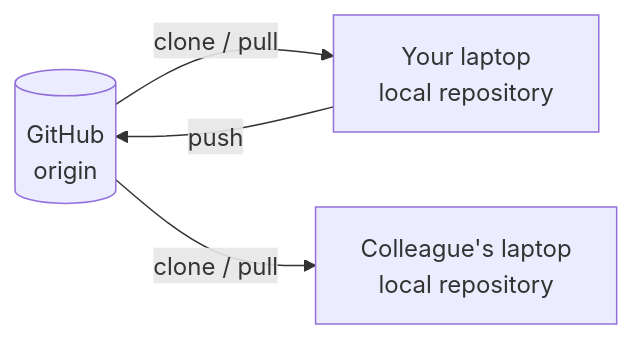
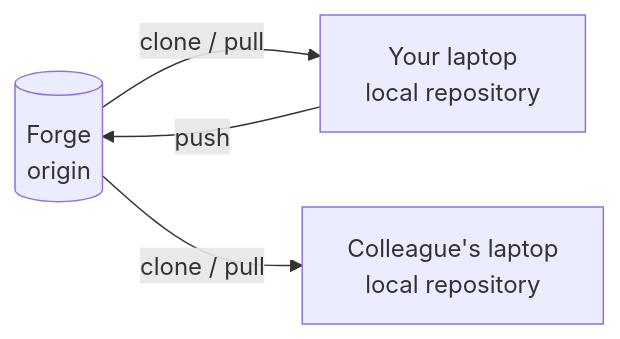
The third of 3 diagrams in slides/parts/07-version-control.md (datamindedacademy/ac-python-and-git-101), drawn with Mermaid before and after one commit. The commit also changed other lines of this file and 13 other files, not shown here.

Commit message:
Call the host the remote or the forge, not GitHub

````diff
--- a/slides/parts/07-version-control.md
+++ b/slides/parts/07-version-control.md
@@ -266,9 +266,9 @@
 ```mermaid {scale: 1.0}
 flowchart LR
-    R[("GitHub<br/>origin")]
+    R[("Forge<br/>origin")]
     A["Your laptop<br/>local repository"]
     B["Colleague's laptop<br/>local repository"]
     A -- "push" --> R
     R -- "clone / pull" --> A
     R -- "clone / pull" --> B
 ```
````
